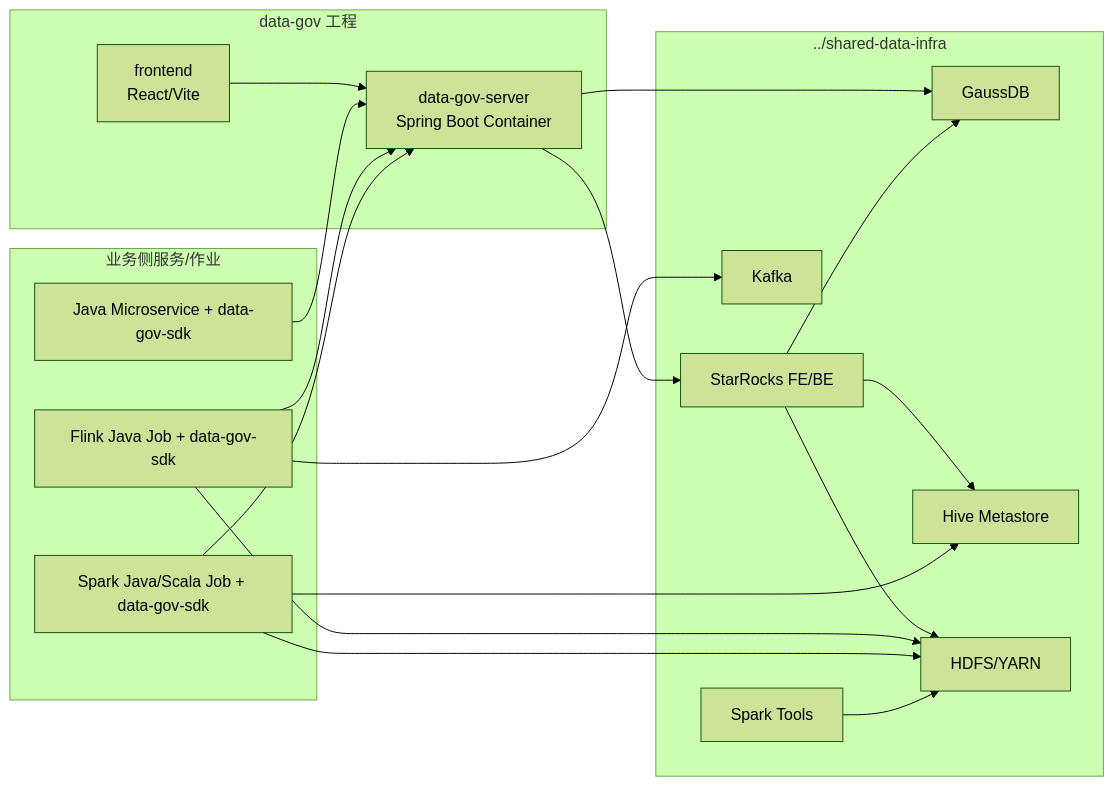
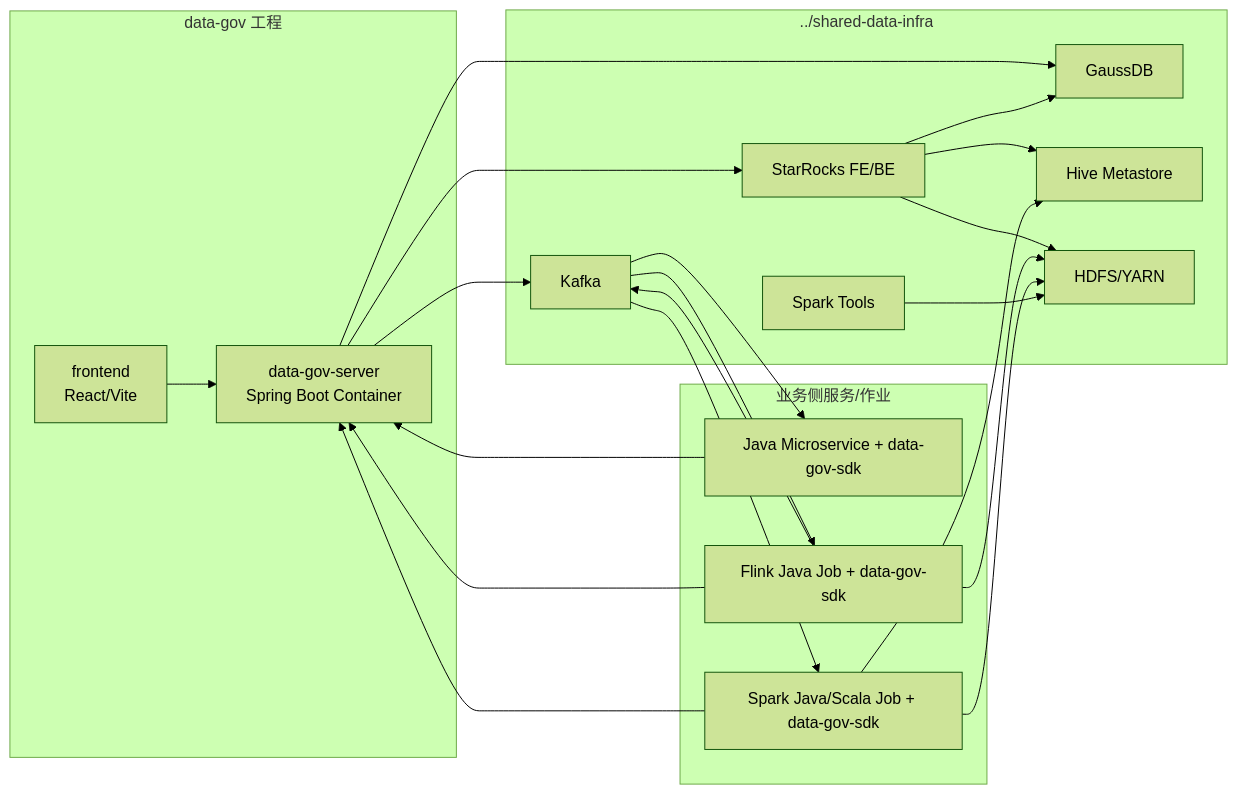
Before and after one commit to w00125533/data-gov: the tenth of 10 diagrams in docs/superpowers/specs/2026-06-10-data-product-governance-design.md, drawn with Mermaid (forest theme). The commit also changed other lines of this file, not shown here.

Commit message:
docs: revise sdk notification and job declaration design

````diff
--- a/docs/superpowers/specs/2026-06-10-data-product-governance-design.md
+++ b/docs/superpowers/specs/2026-06-10-data-product-governance-design.md
@@ -1240,38 +1207,42 @@
 ```mermaid
 flowchart LR
     subgraph AppProject["data-gov 工程"]
         Server["data-gov-server\nSpring Boot Container"]
         Frontend["frontend\nReact/Vite"]
     end
 
     subgraph SharedInfra["../shared-data-infra"]
         Gauss["GaussDB"]
         StarRocks["StarRocks FE/BE"]
         Hive["Hive Metastore"]
         HDFS["HDFS/YARN"]
         Kafka["Kafka"]
         SparkTools["Spark Tools"]
     end
 
     subgraph ExternalApps["业务侧服务/作业"]
         Micro["Java Microservice + data-gov-sdk"]
         FlinkJob["Flink Java Job + data-gov-sdk"]
         SparkJob["Spark Java/Scala Job + data-gov-sdk"]
     end
 
     Frontend --> Server
     Micro --> Server
     FlinkJob --> Server
     SparkJob --> Server
 
     Server --> Gauss
     Server --> StarRocks
+    Server --> Kafka
+    Kafka --> Micro
+    Kafka --> FlinkJob
+    Kafka --> SparkJob
     StarRocks --> Hive
     StarRocks --> Gauss
     StarRocks --> HDFS
     FlinkJob --> Kafka
     FlinkJob --> HDFS
     SparkJob --> Hive
     SparkJob --> HDFS
     SparkTools --> HDFS
 ```
````
